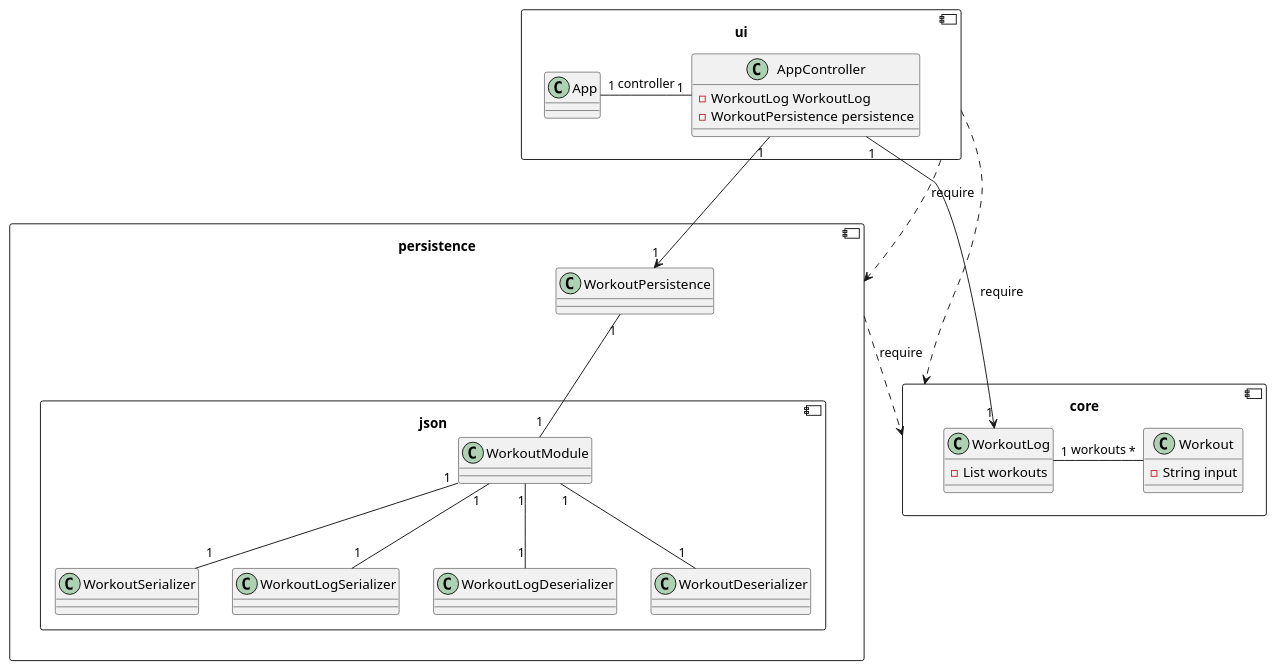
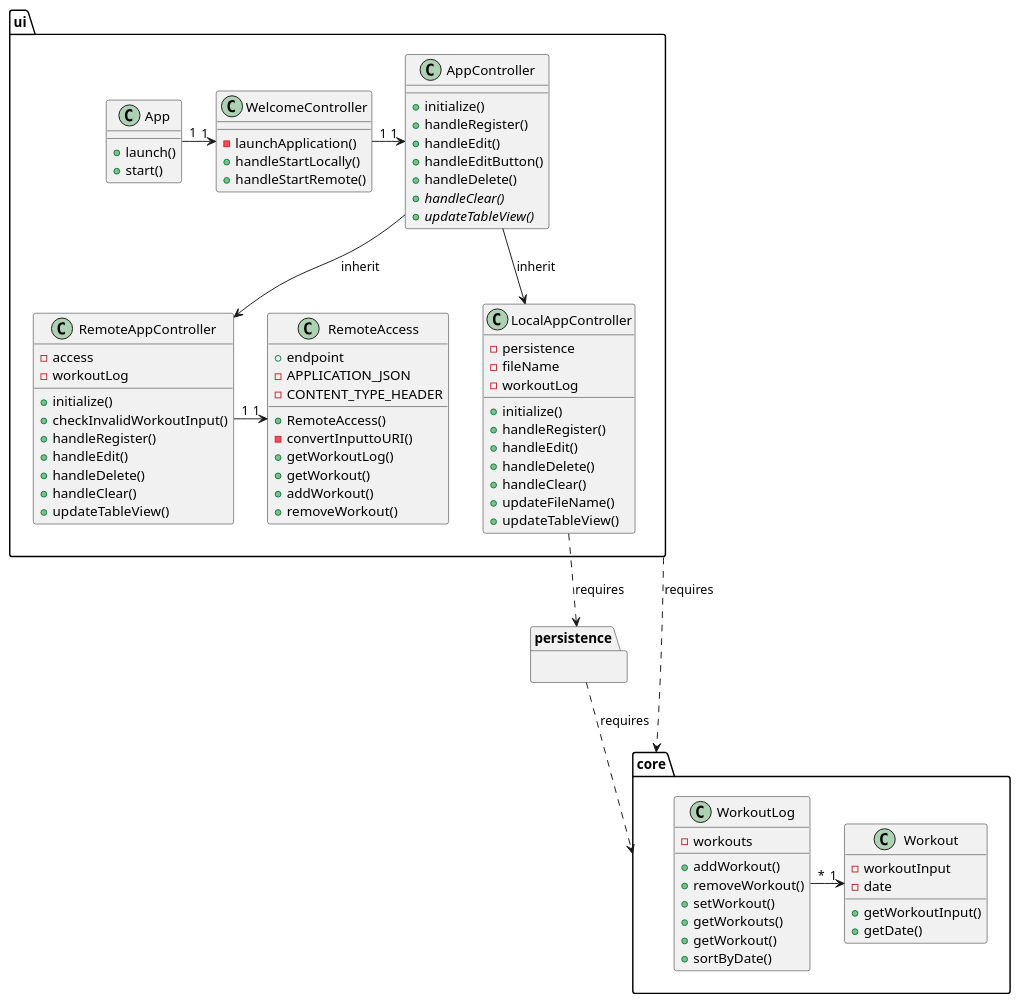
Before and after one commit to elinefon/WorkoutApp: the diagram in docs/release3/ClassDiagram.puml, drawn with PlantUML. The commit also changed 1 other file, not shown here.

Commit message:
[docs] Updated class diagram and package diagram (#37)

```diff
--- a/docs/release3/ClassDiagram.puml
+++ b/docs/release3/ClassDiagram.puml
@@ -1,51 +1,108 @@
-@startuml WorkoutApp
+@startuml
 
-component core{
-    class WorkoutLog {
-        -List workouts
-    }
-    class Workout{
-        -String input
+
+package ui {
+    class App{
+        +launch()
+        +start()
     }
 
-    WorkoutLog "1" - "*" Workout : workouts
+    class WelcomeController{
+        -launchApplication()
+        +handleStartLocally()
+        +handleStartRemote()
+        
+    }
+
+    class AppController{
+        +initialize()
+        +handleRegister()
+        +handleEdit()
+        +handleEditButton()
+        +handleDelete()
+        +//handleClear()//
+        +//updateTableView()//
+
+
+    }
+
+    class RemoteAccess{
+        +endpoint
+        -APPLICATION_JSON
+        -CONTENT_TYPE_HEADER
+        +RemoteAccess()
+        -convertInputtoURI()
+        +getWorkoutLog()
+        +getWorkout()
+        +addWorkout()
+        +removeWorkout()
+    }
+
+    class LocalAppController{
+        -persistence
+        -fileName
+        -workoutLog
+        +initialize()
+        +handleRegister()
+        +handleEdit()
+        +handleDelete()
+        +handleClear()
+        +updateFileName()
+        +updateTableView()
+    }
+
+    class RemoteAppController{
+        -access
+        -workoutLog
+        +initialize()
+        +checkInvalidWorkoutInput()
+        +handleRegister()
+        +handleEdit()
+        +handleDelete()
+        +handleClear()
+        +updateTableView()
+    }
+}
+
+package core{
+    class Workout{
+        -workoutInput
+        -date
+        +getWorkoutInput()
+        +getDate()
+    }
+
+    class WorkoutLog{
+        -workouts
+        +addWorkout()
+        +removeWorkout()
+        +setWorkout()
+        +getWorkouts()
+        +getWorkout()
+        +sortByDate()
+
+    }
+}
+
+package persistence{
 
 }
-component persistence{
 
-    component json{
-        class WorkoutSerializer {}
-        class WorkoutLogSerializer{}
-        class WorkoutLogDeserializer{}
-        class WorkoutDeserializer{}
-        class WorkoutModule{}
-    }
-    
-    class WorkoutPersistence{}
+App "1"->"1" WelcomeController
+WelcomeController "1"->"1" AppController
+RemoteAppController "1"->"1" RemoteAccess
+AppController --> RemoteAppController : inherit
+AppController --> LocalAppController : inherit
 
-    WorkoutPersistence "1" -- "1" WorkoutModule 
-    WorkoutModule "1" -- "1" WorkoutSerializer
-    WorkoutModule "1" -- "1" WorkoutDeserializer
-    WorkoutModule "1" -- "1" WorkoutLogSerializer
-    WorkoutModule "1" -- "1" WorkoutLogDeserializer
-}
+WorkoutLog "*"->"1" Workout
 
-component ui{
-    class AppController {
-    -WorkoutLog WorkoutLog
-    -WorkoutPersistence persistence
-    }
-    class App
+LocalAppController ..> persistence : requires
+ui ..> core : requires
+persistence ..> core : requires
 
-    App "1" - "1" AppController : controller
-}
 
-ui ..> core : require
-ui ..> persistence : require
-persistence ..> core : require
 
-AppController "1" --> "1" WorkoutPersistence
-AppController "1"--> "1" WorkoutLog
+
 
 
 @enduml
```
